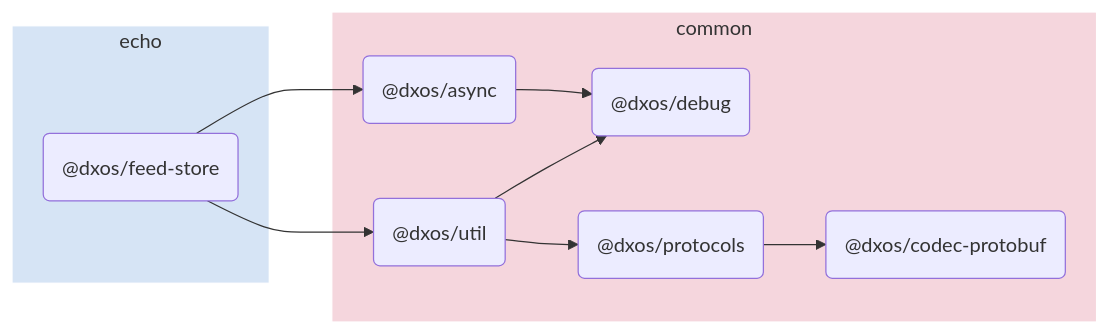
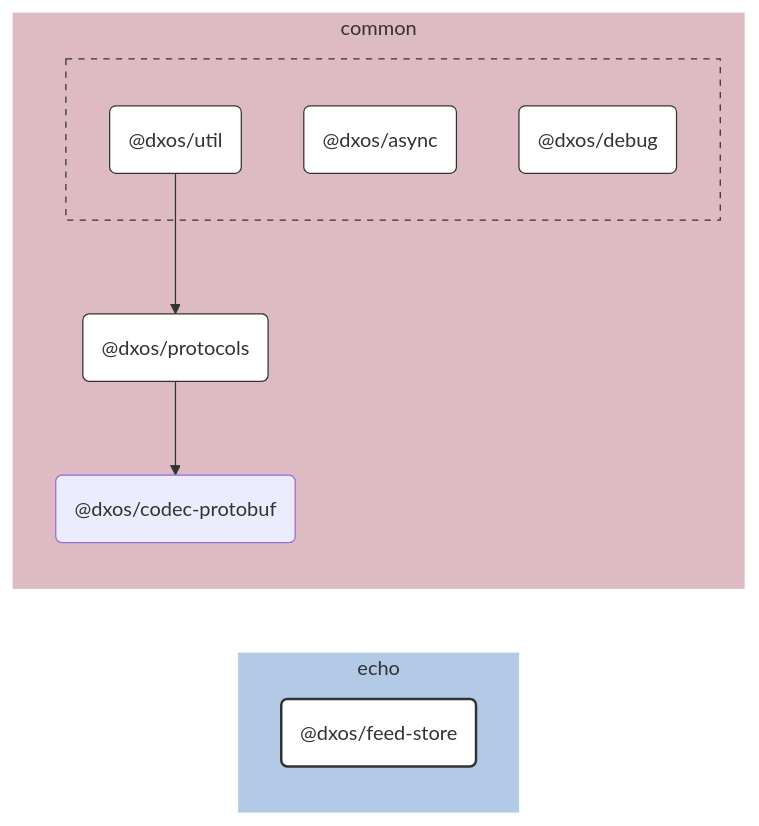
Before and after one commit to dxos/dxos: the diagram in packages/echo/feed-store/docs/README.md, drawn with Mermaid. The commit also changed other lines of this file and 109 other files, not shown here.

````diff
--- a/packages/echo/feed-store/docs/README.md
+++ b/packages/echo/feed-store/docs/README.md
@@ -5,24 +7,50 @@
 ```mermaid
-flowchart LR;
+%%{ init: {'flowchart':{'curve':'basis'}} }%%
 
+flowchart LR
+
+%% Links
+dxos/protocols --> dxos/codec-protobuf;
+dxos/util --> dxos/protocols;
+
+%% Sections
 subgraph echo
-  style echo fill:#d6e4f5,stroke:#fff;
-  dxos/feed-store("@dxos/feed-store");
+  style echo fill:#b3cae6,stroke:#fff;
+
+  dxos/feed-store("@dxos/feed-store")
 end
 
 subgraph common
-  style common fill:#f5d6dd,stroke:#fff;
-  dxos/async("@dxos/async");
-  dxos/debug("@dxos/debug");
-  dxos/util("@dxos/util");
-  dxos/protocols("@dxos/protocols");
-  dxos/codec-protobuf("@dxos/codec-protobuf");
+  style common fill:#debac2,stroke:#fff;
+
+  dxos/codec-protobuf("@dxos/codec-protobuf")
+  dxos/protocols("@dxos/protocols")
+
+  subgraph common-excluded [ ]
+    style common-excluded fill:#debac2,stroke:#333,stroke-dasharray:5 5;
+
+    dxos/async("@dxos/async")
+    dxos/debug("@dxos/debug")
+    dxos/util("@dxos/util")
+  end
 end
 
-dxos/feed-store --> dxos/async;
-dxos/async --> dxos/debug;
-dxos/feed-store --> dxos/util;
-dxos/util --> dxos/debug;
-dxos/util --> dxos/protocols;
-dxos/protocols --> dxos/codec-protobuf;
+
+%% Hyperlinks
+click dxos/async href "https:/github.com/dxos/dxos/tree/main/packages/common/async/docs";
+click dxos/debug href "https:/github.com/dxos/dxos/tree/main/packages/common/debug/docs";
+click dxos/protocols href "https:/github.com/dxos/dxos/tree/main/packages/common/protocols/docs";
+click dxos/util href "https:/github.com/dxos/dxos/tree/main/packages/common/util/docs";
+
+%% Styles
+classDef rootNode fill:#fff,stroke:#333,stroke-width:2px
+classDef defaultNode fill:#fff,stroke:#333,stroke-width:1px
+linkStyle default stroke:#333,stroke-width:1px
+
+dxos/feed-store:::rootNode
+
+dxos/async:::defaultNode
+dxos/debug:::defaultNode
+dxos/protocols:::defaultNode
+dxos/util:::defaultNode
 ```
````
